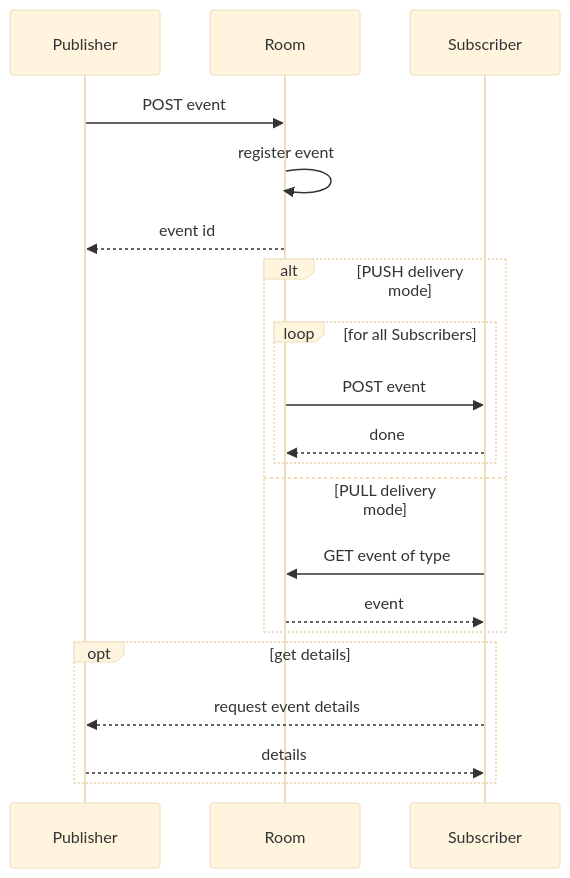
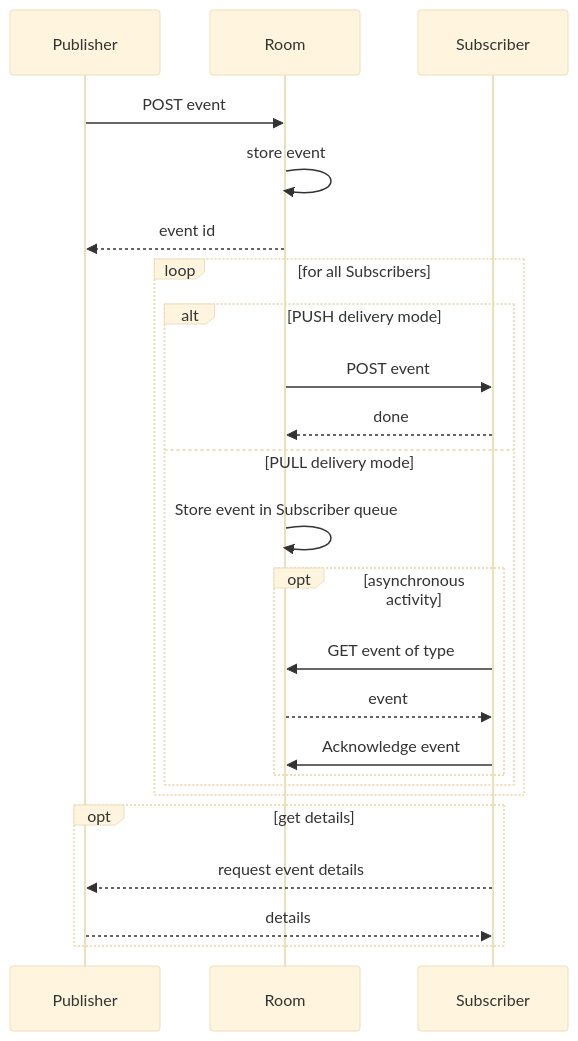
The fifth of 5 diagrams in spec/11-workflows.md (GovStackWorkingGroup/bb-information-mediator), drawn with Mermaid (base theme) before and after one commit. The commit also changed other lines of this file, not shown here.

Commit message:
GITBOOK-55: IM-123 Event acknowledgement missing

````diff
--- a/spec/11-workflows.md
+++ b/spec/11-workflows.md
@@ -145,23 +145,27 @@
 ```mermaid
 sequenceDiagram
 participant Publisher
 participant Room
 participant Subscriber
 Publisher ->> Room: POST event
-Room ->> Room: register event
+Room ->> Room: store event
 Room -->> Publisher: event id
-alt PUSH delivery mode
-  loop for all Subscribers
+loop for all Subscribers
+  alt PUSH delivery mode
     Room ->> Subscriber: POST event
     Subscriber -->> Room: done
+  else PULL delivery mode
+    Room ->> Room: Store event in Subscriber queue
+    opt asynchronous activity
+      Subscriber ->> Room: GET event of type
+      Room -->> Subscriber: event
+      Subscriber ->> Room: Acknowledge event
+    end
   end
-else PULL delivery mode
-  Subscriber ->> Room: GET event of type
-  Room -->> Subscriber: event
 end
 opt get details
   Subscriber -->> Publisher: request event details
   Publisher -->> Subscriber: details
 end
 
 ```
````
